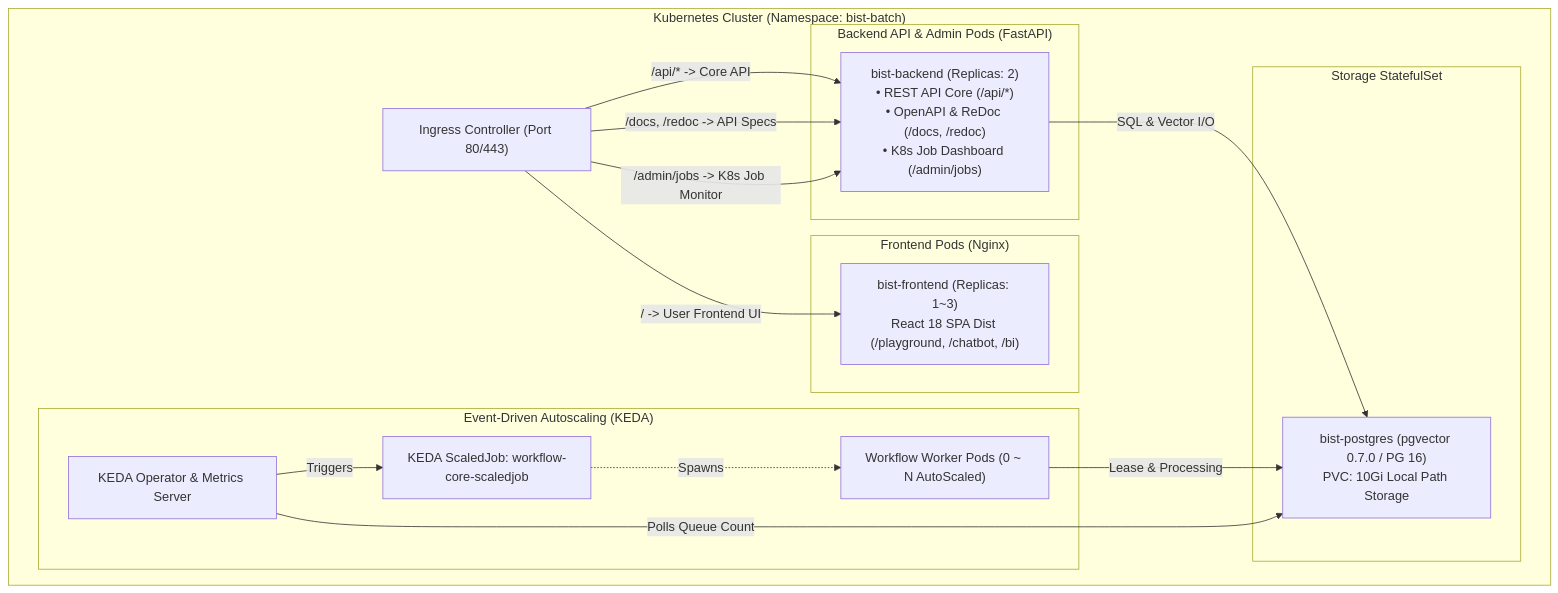
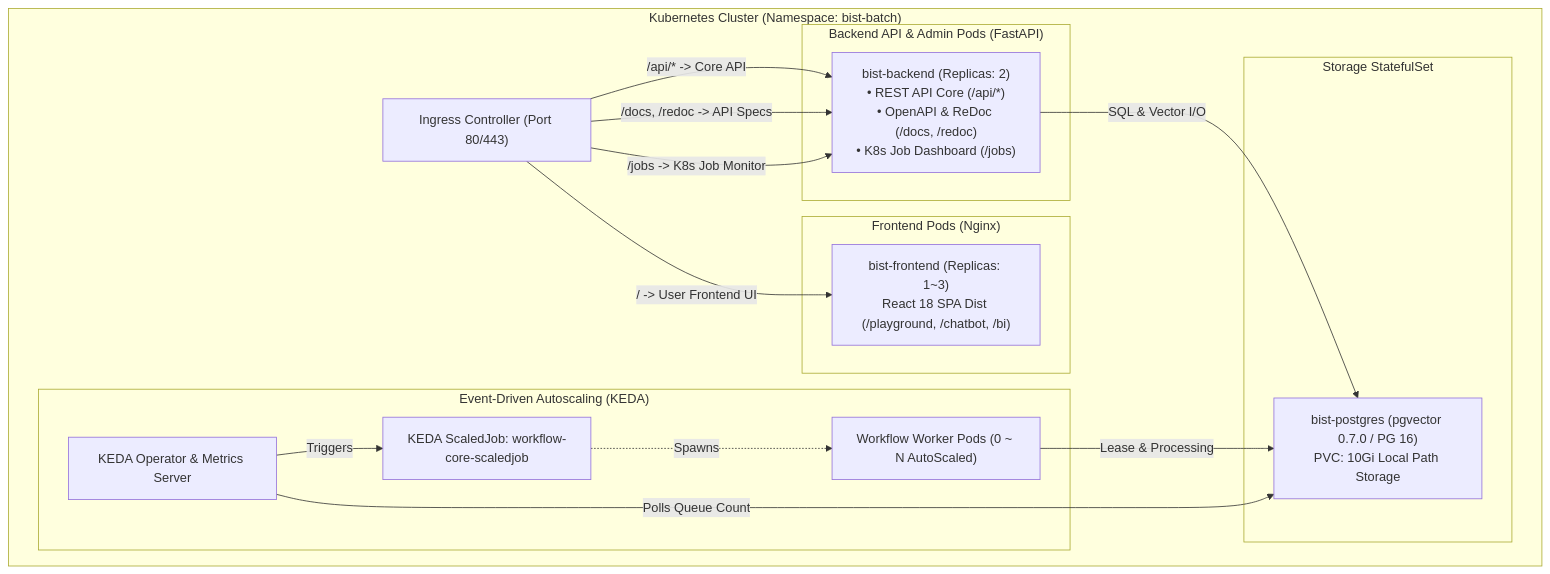
Before and after one commit to bist-mini-final/bist-mini-final: the first of 3 diagrams in docs/01_system_blueprints/BP-104_deployment_and_infra_topology.md, drawn with Mermaid. The commit also changed other lines of this file and 2 other files, not shown here.

Commit message:
docs: streamline K8s job dashboard to flat root endpoint /jobs aligned with /docs and /redoc

````diff
--- a/docs/01_system_blueprints/BP-104_deployment_and_infra_topology.md
+++ b/docs/01_system_blueprints/BP-104_deployment_and_infra_topology.md
@@ -11,34 +11,34 @@
 ```mermaid
 graph TB
     subgraph K8sCluster ["Kubernetes Cluster (Namespace: bist-batch)"]
         INGRESS["Ingress Controller (Port 80/443)"]
         
         subgraph FrontendGroup ["Frontend Pods (Nginx)"]
             FE["bist-frontend (Replicas: 1~3)<br>React 18 SPA Dist (/playground, /chatbot, /bi)"]
         end
 
         subgraph BackendGroup ["Backend API & Admin Pods (FastAPI)"]
-            BE["bist-backend (Replicas: 2)<br>• REST API Core (/api/*)<br>• OpenAPI & ReDoc (/docs, /redoc)<br>• K8s Job Dashboard (/admin/jobs)"]
+            BE["bist-backend (Replicas: 2)<br>• REST API Core (/api/*)<br>• OpenAPI & ReDoc (/docs, /redoc)<br>• K8s Job Dashboard (/jobs)"]
         end
 
         subgraph StorageGroup ["Storage StatefulSet"]
             PG["bist-postgres (pgvector 0.7.0 / PG 16)<br>PVC: 10Gi Local Path Storage"]
         end
 
         subgraph KedaGroup ["Event-Driven Autoscaling (KEDA)"]
             KEDA_OP["KEDA Operator & Metrics Server"]
             SCALED_JOB["KEDA ScaledJob: workflow-core-scaledjob"]
             WORKER_PODS["Workflow Worker Pods (0 ~ N AutoScaled)"]
             SCALED_JOB -.->|Spawns| WORKER_PODS
         end
     end
 
     INGRESS -->|/ -> User Frontend UI| FE
     INGRESS -->|/api/* -> Core API| BE
     INGRESS -->|/docs, /redoc -> API Specs| BE
-    INGRESS -->|/admin/jobs -> K8s Job Monitor| BE
+    INGRESS -->|/jobs -> K8s Job Monitor| BE
     BE -->|SQL & Vector I/O| PG
     WORKER_PODS -->|Lease & Processing| PG
     KEDA_OP -->|Polls Queue Count| PG
     KEDA_OP -->|Triggers| SCALED_JOB
 ```
````
